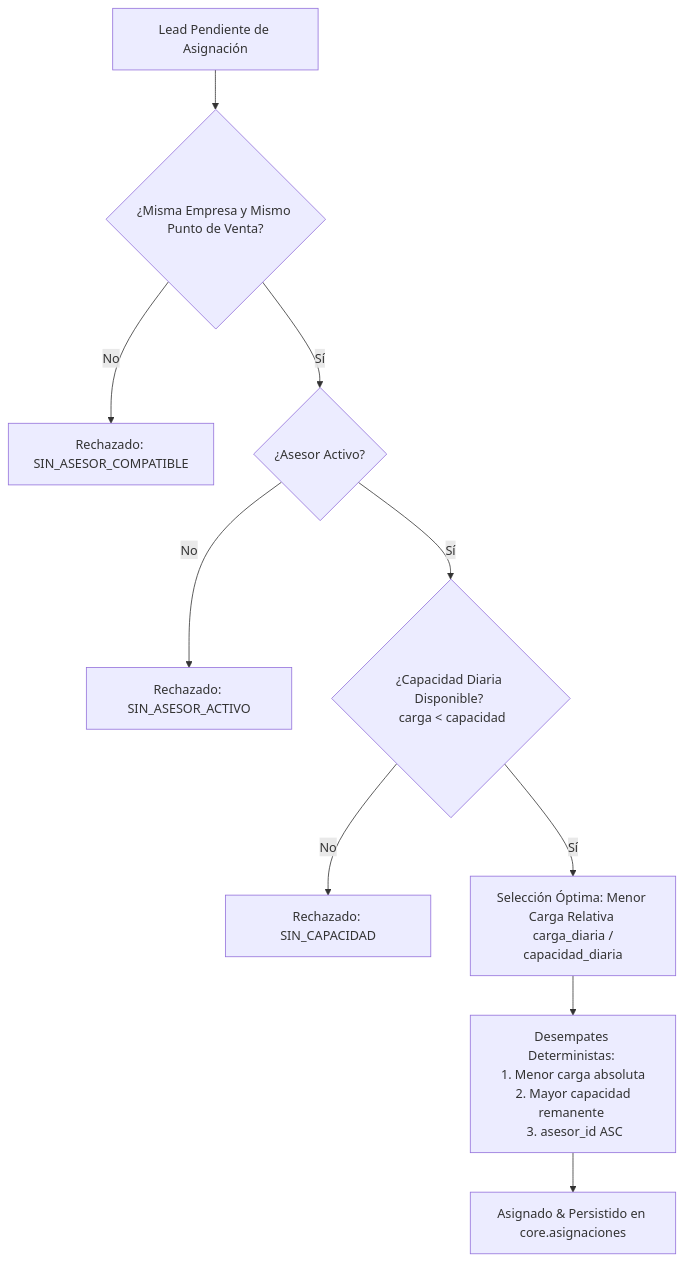
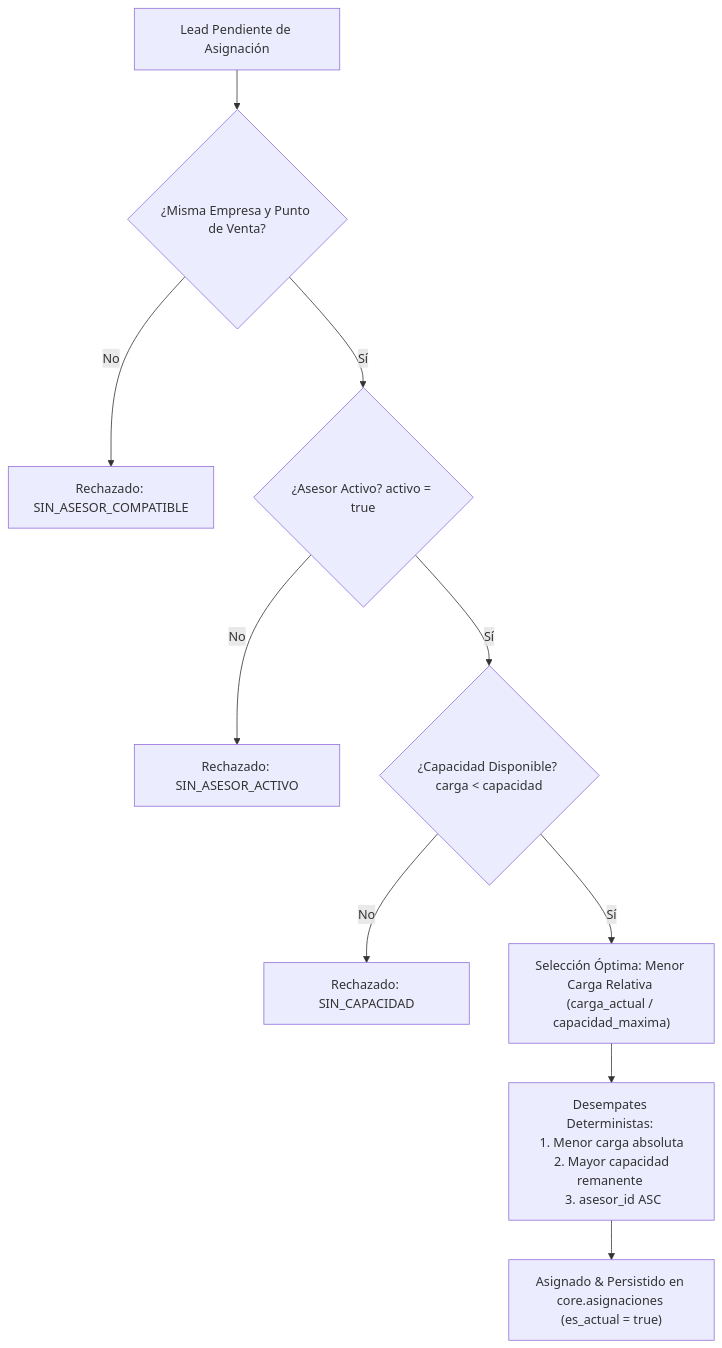
The fourth of 5 diagrams in README.md (c-c23/motos-AI), drawn with Mermaid before and after one commit. The commit also changed other lines of this file, not shown here.

````diff
--- a/README.md
+++ b/README.md
@@ -215,12 +395,12 @@
 ```mermaid
 flowchart TD
-    L[Lead Pendiente de Asignación] --> F1{¿Misma Empresa y Mismo Punto de Venta?}
+    L[Lead Pendiente de Asignación] --> F1{¿Misma Empresa y Punto de Venta?}
     F1 -- No --> REJ1[Rechazado: SIN_ASESOR_COMPATIBLE]
-    F1 -- Sí --> F2{¿Asesor Activo?}
+    F1 -- Sí --> F2{¿Asesor Activo? activo = true}
     F2 -- No --> REJ2[Rechazado: SIN_ASESOR_ACTIVO]
-    F2 -- Sí --> F3{¿Capacidad Diaria Disponible? <br/> carga < capacidad}
+    F2 -- Sí --> F3{¿Capacidad Disponible? carga < capacidad}
     F3 -- No --> REJ3[Rechazado: SIN_CAPACIDAD]
-    F3 -- Sí --> OPT[Selección Óptima: Menor Carga Relativa <br/> carga_diaria / capacidad_diaria]
-    OPT --> TIE[Desempates Deterministas: <br/> 1. Menor carga absoluta <br/> 2. Mayor capacidad remanente <br/> 3. asesor_id ASC]
-    TIE --> ASSIGNED[Asignado & Persistido en core.asignaciones]
+    F3 -- Sí --> OPT["Selección Óptima: Menor Carga Relativa (carga_actual / capacidad_maxima)"]
+    OPT --> TIE["Desempates Deterministas: <br/> 1. Menor carga absoluta <br/> 2. Mayor capacidad remanente <br/> 3. asesor_id ASC"]
+    TIE --> ASSIGNED["Asignado & Persistido en core.asignaciones (es_actual = true)"]
 ```
````
